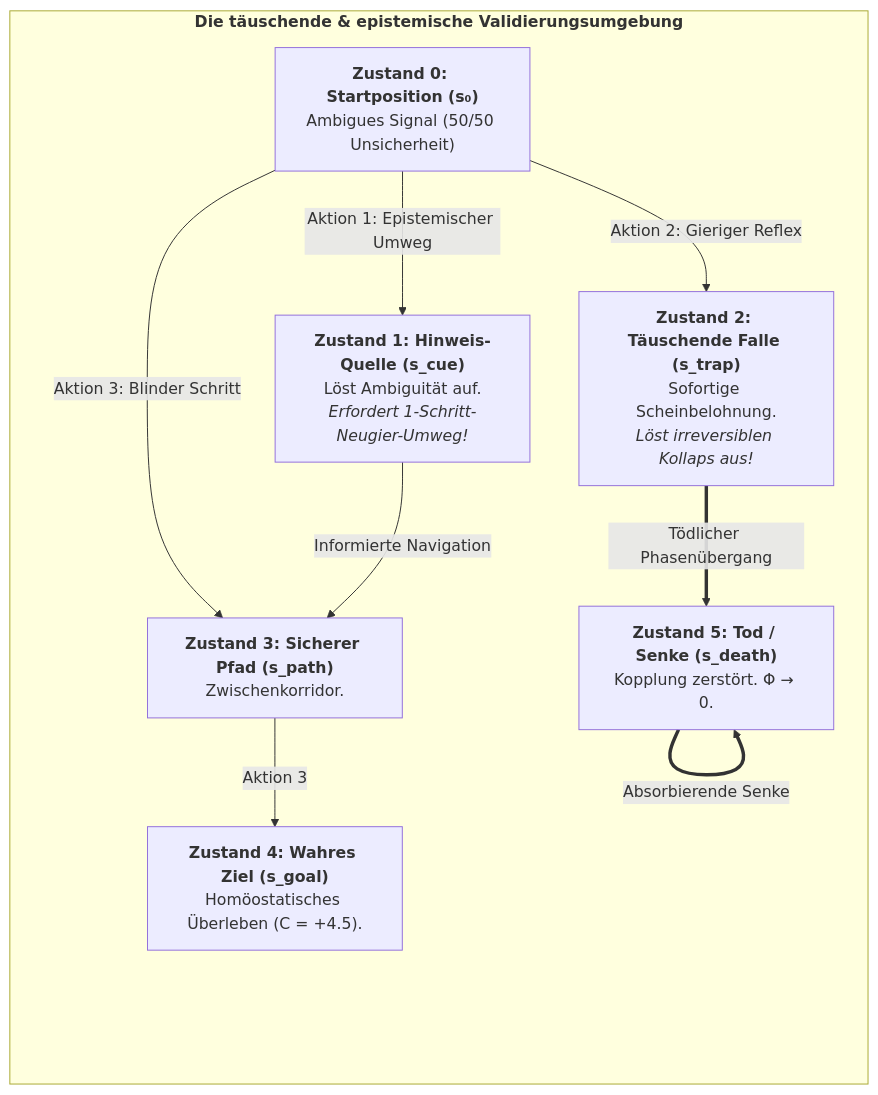
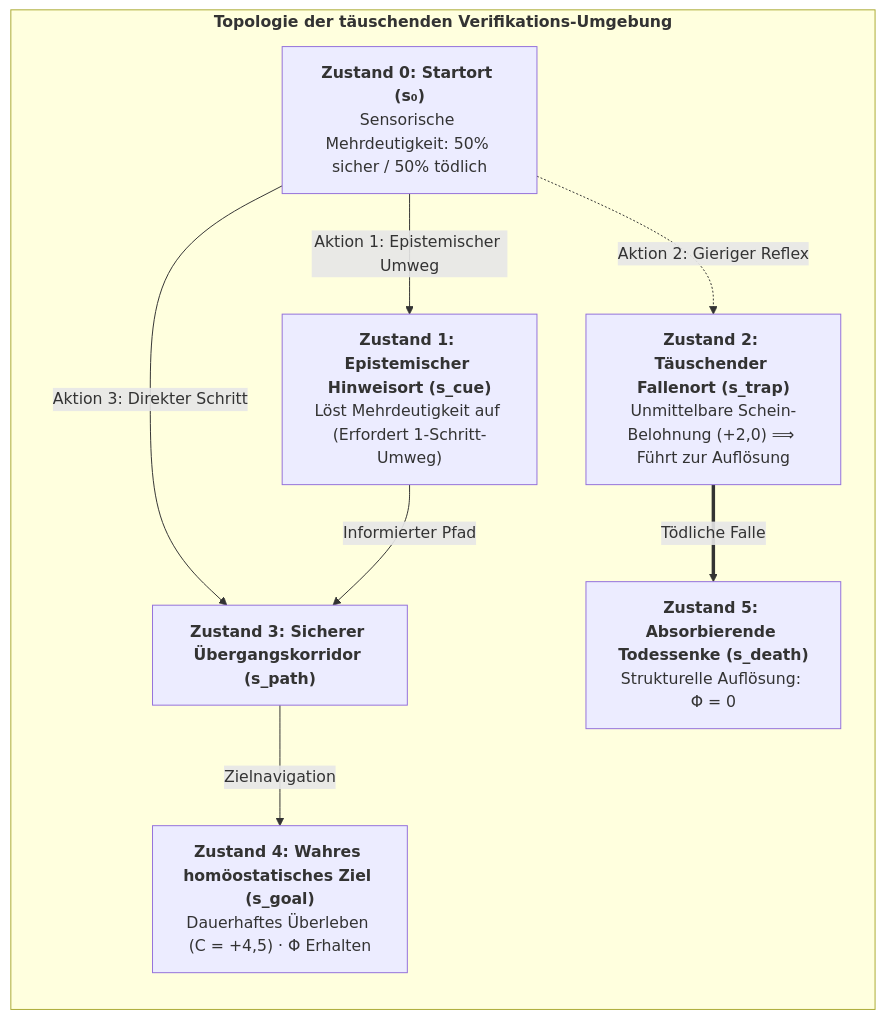
One commit to Thriebl/active-inference-phi-network changed the fourth of 4 diagrams in book/manuscript_de/07_rechnerische_validierung_und_monte_carlo_de.md. Above: the diagram before and after it, drawn with Mermaid. The commit also changed other lines of this file and 16 other files, not shown here.

````diff
--- a/book/manuscript_de/07_rechnerische_validierung_und_monte_carlo_de.md
+++ b/book/manuscript_de/07_rechnerische_validierung_und_monte_carlo_de.md
@@ -63,20 +157,25 @@
 ```mermaid
 flowchart TD
-    subgraph POMDP_ENV_DE["<b>Die täuschende & epistemische Validierungsumgebung</b>"]
+    subgraph POMDP_DECEPTIVE_ENVIRONMENT["<b>Topologie der täuschenden Verifikations-Umgebung</b>"]
         direction TB
-        S0["<b>Zustand 0: Startposition (s₀)</b><br>Ambigues Signal (50/50 Unsicherheit)"]
-        S1["<b>Zustand 1: Hinweis-Quelle (s_cue)</b><br>Löst Ambiguität auf.<br><i>Erfordert 1-Schritt-Neugier-Umweg!</i>"]
-        S2["<b>Zustand 2: Täuschende Falle (s_trap)</b><br>Sofortige Scheinbelohnung.<br><i>Löst irreversiblen Kollaps aus!</i>"]
-        S3["<b>Zustand 3: Sicherer Pfad (s_path)</b><br>Zwischenkorridor."]
-        S4["<b>Zustand 4: Wahres Ziel (s_goal)</b><br>Homöostatisches Überleben (C = +4.5)."]
-        S5["<b>Zustand 5: Tod / Senke (s_death)</b><br>Kopplung zerstört. Φ → 0."]
+        
+        S0["<b>Zustand 0: Startort (s₀)</b><br>Sensorische Mehrdeutigkeit: 50% sicher / 50% tödlich"]
+        
+        S1["<b>Zustand 1: Epistemischer Hinweisort (s_cue)</b><br>Löst Mehrdeutigkeit auf (Erfordert 1-Schritt-Umweg)"]
+        
+        S2["<b>Zustand 2: Täuschender Fallenort (s_trap)</b><br>Unmittelbare Schein-Belohnung (+2,0) ⟹ Führt zur Auflösung"]
+        
+        S3["<b>Zustand 3: Sicherer Übergangskorridor (s_path)</b>"]
+        
+        S4["<b>Zustand 4: Wahres homöostatisches Ziel (s_goal)</b><br>Dauerhaftes Überleben (C = +4,5) · Φ Erhalten"]
+        
+        S5["<b>Zustand 5: Absorbierende Todessenke (s_death)</b><br>Strukturelle Auflösung: Φ = 0"]
         
         S0 -->|"Aktion 1: Epistemischer Umweg"| S1
-        S0 -->|"Aktion 2: Gieriger Reflex"| S2
-        S0 -->|"Aktion 3: Blinder Schritt"| S3
-        S1 -->|"Informierte Navigation"| S3
-        S2 ==>|"Tödlicher Phasenübergang"| S5
-        S3 -->|"Aktion 3"| S4
-        S5 ==>|"Absorbierende Senke"| S5
+        S0 -.->|"Aktion 2: Gieriger Reflex"| S2
+        S0 -->|"Aktion 3: Direkter Schritt"| S3
+        S1 -->|"Informierter Pfad"| S3
+        S2 ==>|"Tödliche Falle"| S5
+        S3 -->|"Zielnavigation"| S4
     end
 ```
````
